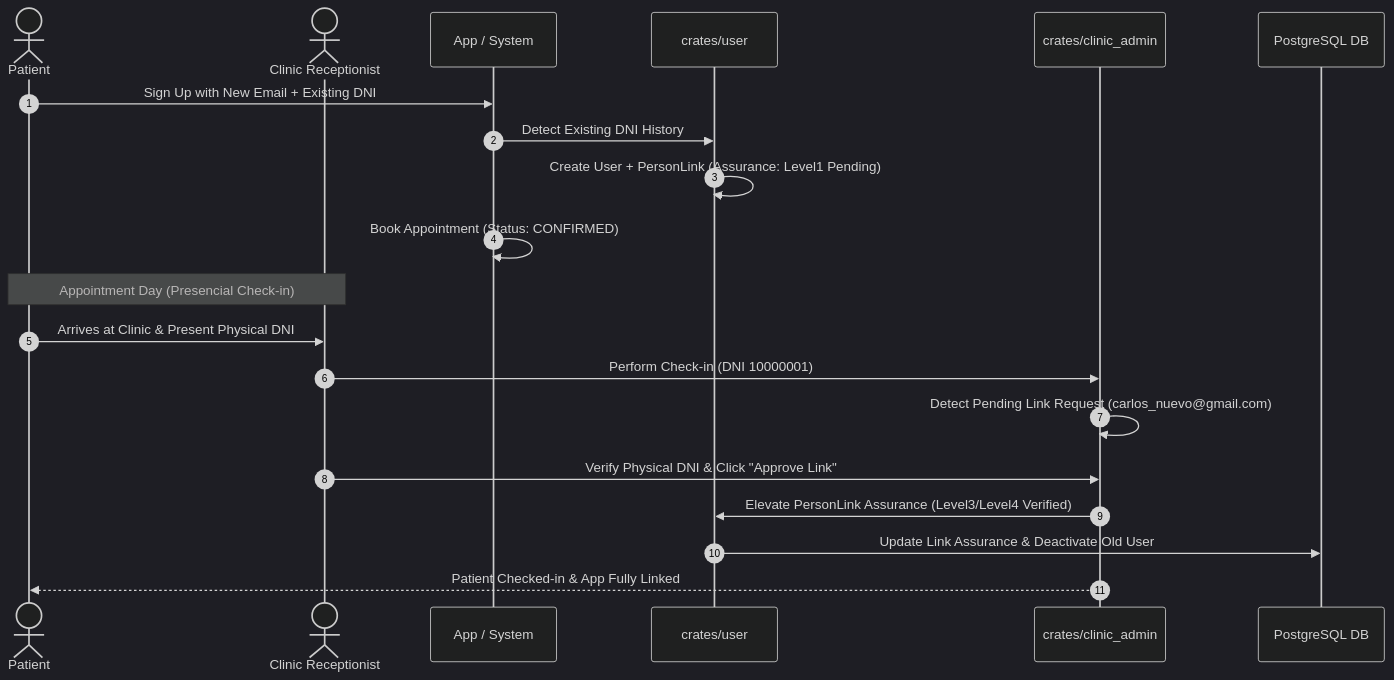
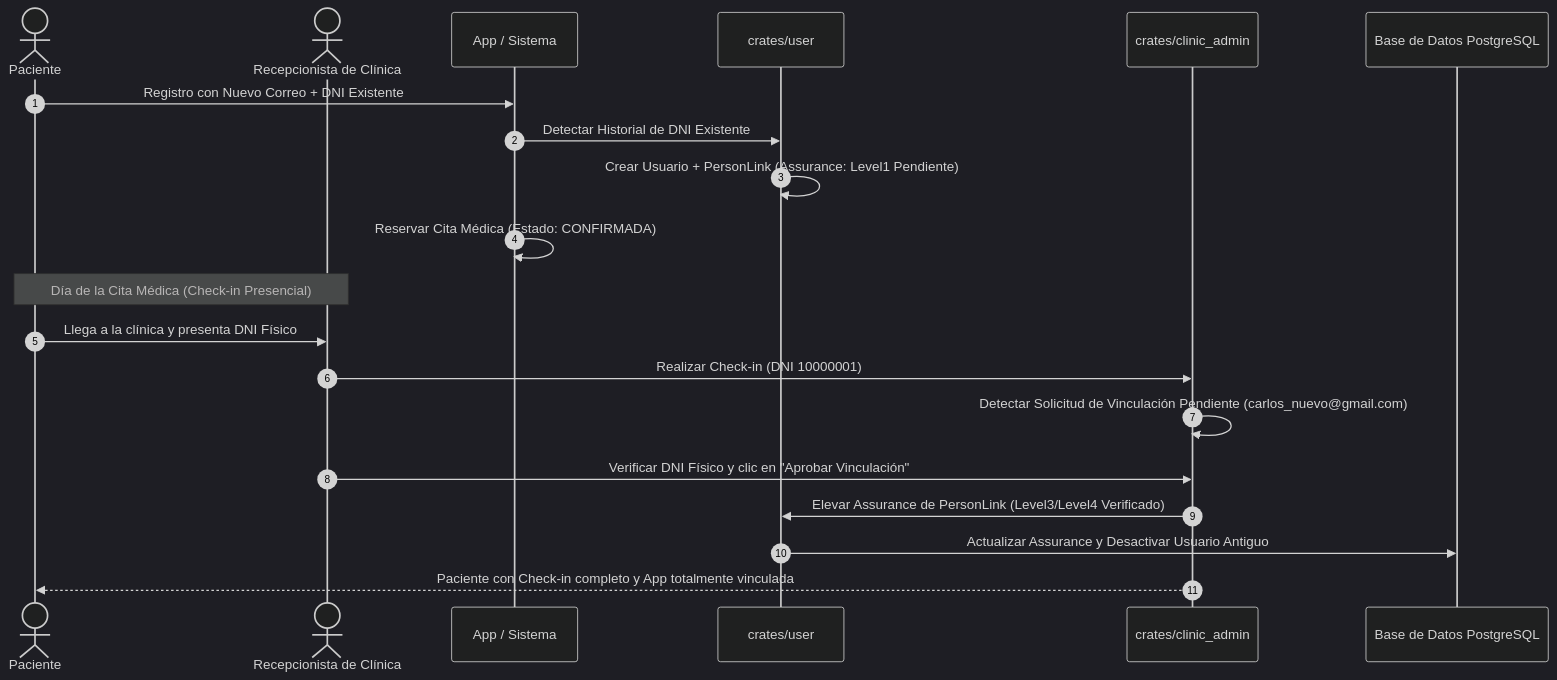
Before and after one commit to mamba-black/my-health-record: the second of 9 diagrams in backend/AGENTS.md, drawn with Mermaid (dark theme). The commit also changed other lines of this file, not shown here.

````diff
--- a/backend/AGENTS.md
+++ b/backend/AGENTS.md
@@ -89,24 +89,24 @@
 ```mermaid
 sequenceDiagram
     autonumber
-    actor Patient as Patient
-    actor Receptionist as Clinic Receptionist
-    participant App as App / System
+    actor Patient as Paciente
+    actor Receptionist as Recepcionista de Clínica
+    participant App as App / Sistema
     participant UserDomain as crates/user
     participant AdminDomain as crates/clinic_admin
-    participant DB as PostgreSQL DB
+    participant DB as Base de Datos PostgreSQL
 
-    Patient->>App: Sign Up with New Email + Existing DNI
-    App->>UserDomain: Detect Existing DNI History
-    UserDomain->>UserDomain: Create User + PersonLink (Assurance: Level1 Pending)
-    App->>App: Book Appointment (Status: CONFIRMED)
+    Patient->>App: Registro con Nuevo Correo + DNI Existente
+    App->>UserDomain: Detectar Historial de DNI Existente
+    UserDomain->>UserDomain: Crear Usuario + PersonLink (Assurance: Level1 Pendiente)
+    App->>App: Reservar Cita Médica (Estado: CONFIRMADA)
     
-    Note over Patient, Receptionist: Appointment Day (Presencial Check-in)
-    Patient->>Receptionist: Arrives at Clinic & Present Physical DNI
-    Receptionist->>AdminDomain: Perform Check-in (DNI 10000001)
-    AdminDomain->>AdminDomain: Detect Pending Link Request (carlos_nuevo@gmail.com)
-    Receptionist->>AdminDomain: Verify Physical DNI & Click "Approve Link"
-    AdminDomain->>UserDomain: Elevate PersonLink Assurance (Level3/Level4 Verified)
-    UserDomain->>DB: Update Link Assurance & Deactivate Old User
-    AdminDomain-->>Patient: Patient Checked-in & App Fully Linked
+    Note over Patient, Receptionist: Día de la Cita Médica (Check-in Presencial)
+    Patient->>Receptionist: Llega a la clínica y presenta DNI Físico
+    Receptionist->>AdminDomain: Realizar Check-in (DNI 10000001)
+    AdminDomain->>AdminDomain: Detectar Solicitud de Vinculación Pendiente (carlos_nuevo@gmail.com)
+    Receptionist->>AdminDomain: Verificar DNI Físico y clic en "Aprobar Vinculación"
+    AdminDomain->>UserDomain: Elevar Assurance de PersonLink (Level3/Level4 Verificado)
+    UserDomain->>DB: Actualizar Assurance y Desactivar Usuario Antiguo
+    AdminDomain-->>Patient: Paciente con Check-in completo y App totalmente vinculada
 ```
````
